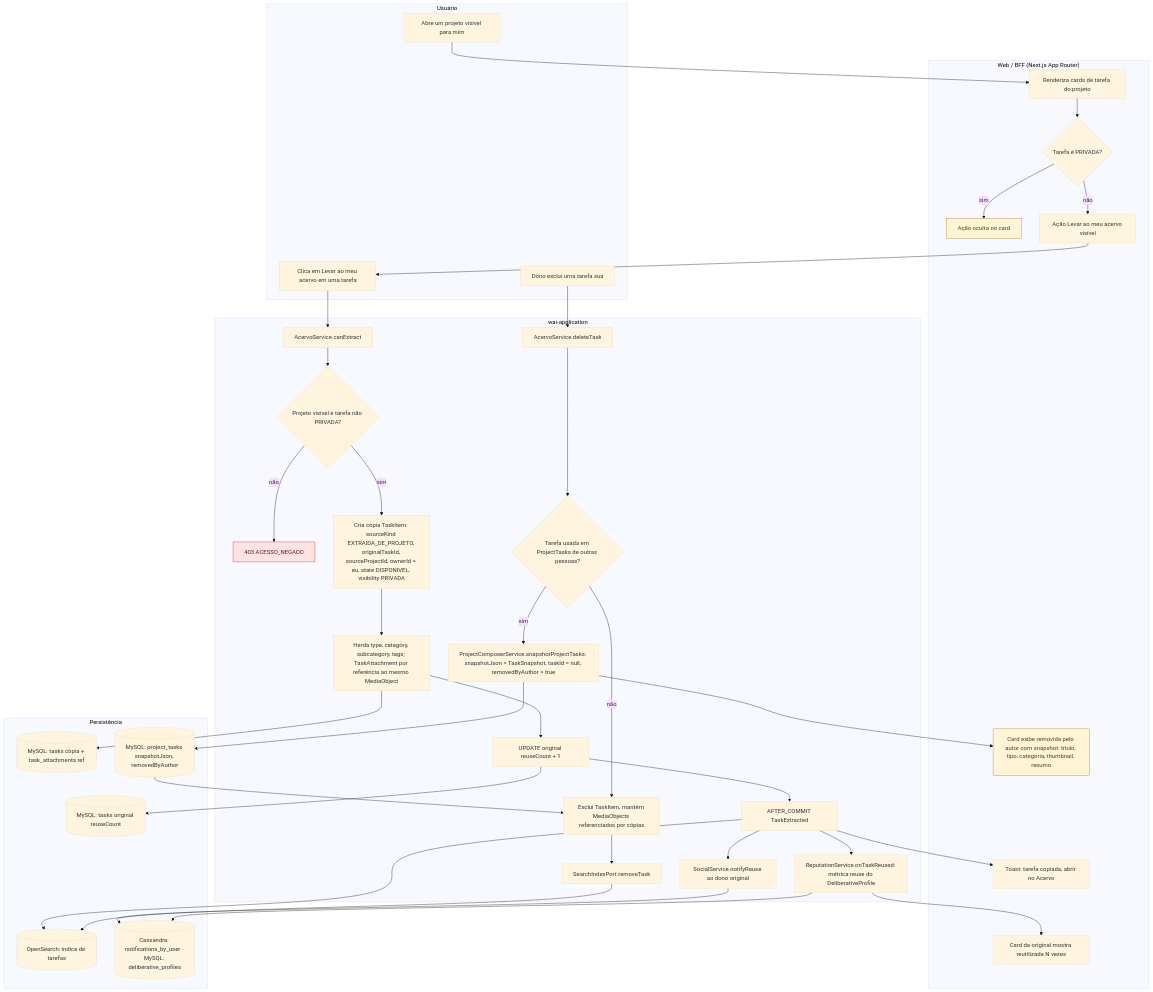
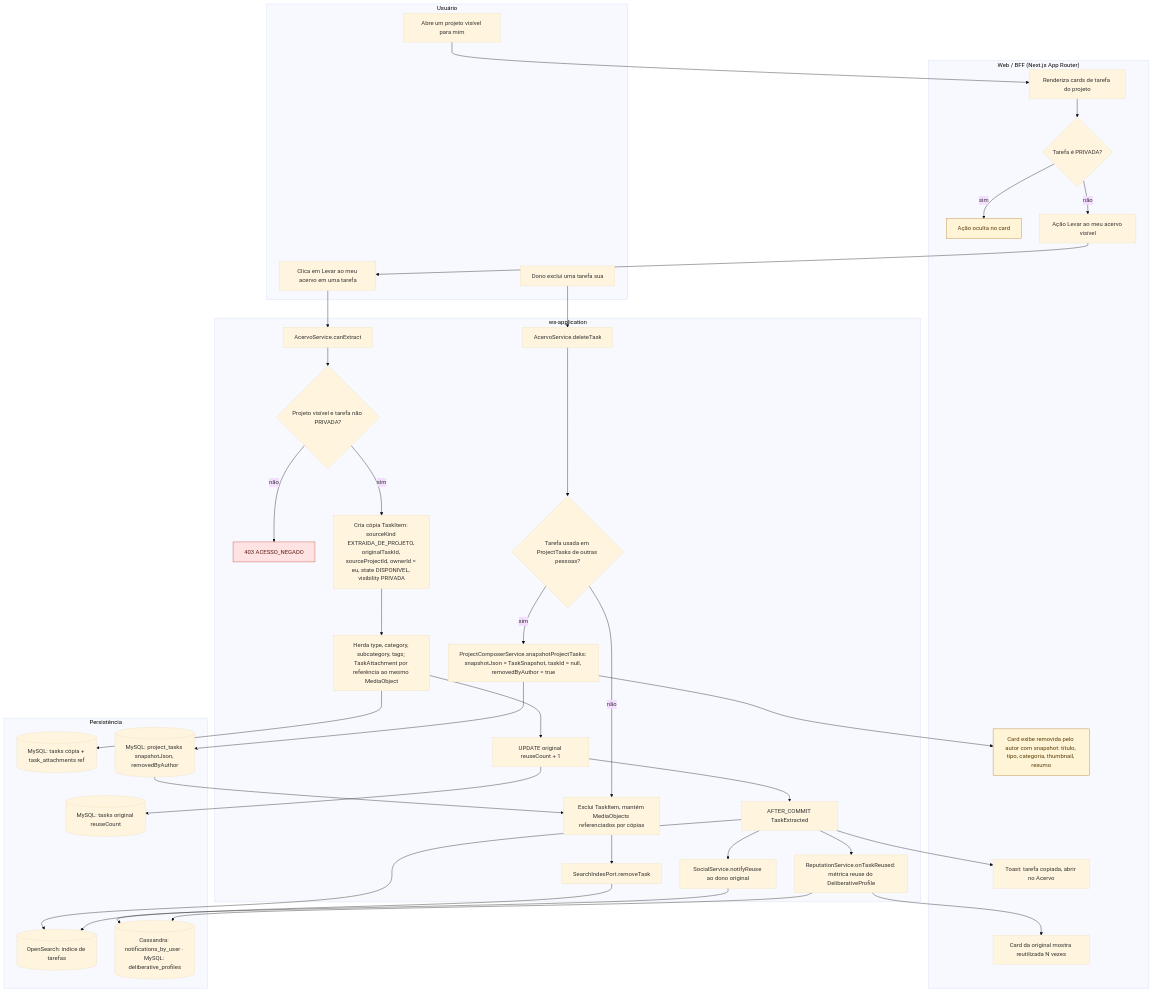
The second of 5 diagrams in docs/diagramas/RF23/README.md (MatheusHaliski/Decia-app-2026), drawn with Mermaid (base theme) before and after one commit. The commit also changed other lines of this file and 65 other files, not shown here.

First line of the commit message:
docs: renomeia o produto para Work Station (módulos ws-*), UserPreferences no diagrama v1, RF44/RF45 ajustados, design system (tokens, components.css, 66 ícones, 112 anatomias SVG, galeria e capturas) e dúvidas Q-36..Q-43

````diff
--- a/docs/diagramas/RF23/README.md
+++ b/docs/diagramas/RF23/README.md
@@ -266,66 +266,66 @@
 ```mermaid
 flowchart TD
   subgraph LU["Usuário"]
     U1["Abre um projeto visível para mim"]
     U2["Clica em Levar ao meu acervo em uma tarefa"]
     U3["Dono exclui uma tarefa sua"]
   end
 
   subgraph LW["Web / BFF (Next.js App Router)"]
     W1["Renderiza cards de tarefa do projeto"]
     W2{"Tarefa é PRIVADA?"}
     W3["Ação oculta no card"]
     W4["Ação Levar ao meu acervo visível"]
     W5["Toast: tarefa copiada, abrir no Acervo"]
     W6["Card exibe removida pelo autor com snapshot: título, tipo, categoria, thumbnail, resumo"]
     W7["Card da original mostra reutilizada N vezes"]
   end
 
-  subgraph LA["wai-application"]
+  subgraph LA["ws-application"]
     A1["AcervoService.canExtract"]
     A2{"Projeto visível e tarefa não PRIVADA?"}
     A3["403 ACESSO_NEGADO"]
     A4["Cria cópia TaskItem: sourceKind EXTRAIDA_DE_PROJETO, originalTaskId, sourceProjectId, ownerId = eu, state DISPONIVEL, visibility PRIVADA"]
     A5["Herda type, category, subcategory, tags; TaskAttachment por referência ao mesmo MediaObject"]
     A6["UPDATE original reuseCount + 1"]
     A7["AFTER_COMMIT TaskExtracted"]
     A8["AcervoService.deleteTask"]
     A9{"Tarefa usada em ProjectTasks de outras pessoas?"}
     A10["ProjectComposerService.snapshotProjectTasks: snapshotJson = TaskSnapshot, taskId = null, removedByAuthor = true"]
     A11["Exclui TaskItem, mantém MediaObjects referenciados por cópias"]
     A12["SearchIndexPort.removeTask"]
     A13["SocialService.notifyReuse ao dono original"]
     A14["ReputationService.onTaskReused: métrica reuse do DeliberativeProfile"]
   end
 
   subgraph LP["Persistência"]
     P1[("MySQL: tasks cópia + task_attachments ref")]
     P2[("MySQL: tasks original reuseCount")]
     P3[("OpenSearch: índice de tarefas")]
     P4[("MySQL: project_tasks snapshotJson, removedByAuthor")]
     P5[("Cassandra: notifications_by_user · MySQL: deliberative_profiles")]
   end
 
   U1 --> W1 --> W2
   W2 -->|"sim"| W3
   W2 -->|"não"| W4 --> U2 --> A1 --> A2
   A2 -->|"não"| A3
   A2 -->|"sim"| A4 --> A5 --> P1
   A5 --> A6 --> P2
   A6 --> A7
   A7 --> P3
   A7 --> A13 --> P5
   A7 --> A14 --> P5
   A7 --> W5
   A14 --> W7
   U3 --> A8 --> A9
   A9 -->|"sim"| A10 --> P4 --> A11
   A9 -->|"não"| A11
   A11 --> A12 --> P3
   A10 --> W6
 
   classDef err fill:#ffe3e3,stroke:#c0392b,color:#5a1a12
   classDef warn fill:#fff4d6,stroke:#b7791f,color:#5a3b06
   class A3 err
   class W3,W6 warn
 ```
````
